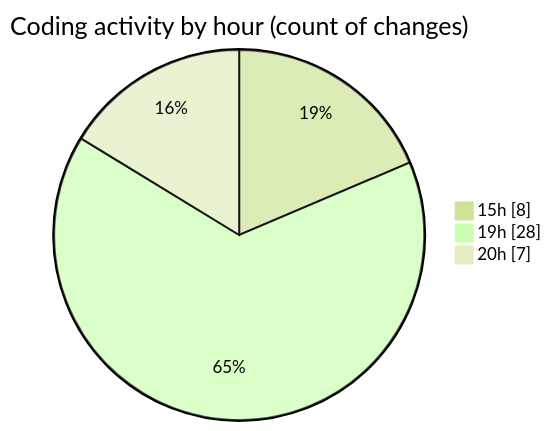
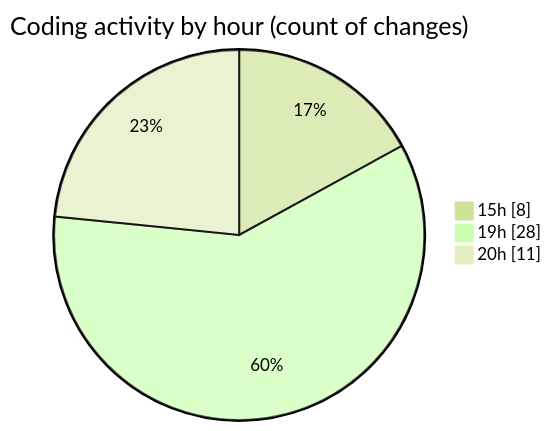
One commit to Ritupan-Deka/code-tracking changed the second of 2 diagrams in 2025-01-26/search/README.md. Above: the diagram before and after it, drawn with Mermaid (forest theme). The commit also changed other lines of this file and 1 other file, not shown here.

````diff
--- a/2025-01-26/search/README.md
+++ b/2025-01-26/search/README.md
@@ -31,7 +31,7 @@
 ```mermaid
 pie showData
 title Coding activity by hour (count of changes)
 "15h" : 8
 "19h" : 28
-"20h" : 7
+"20h" : 11
 ```
````
